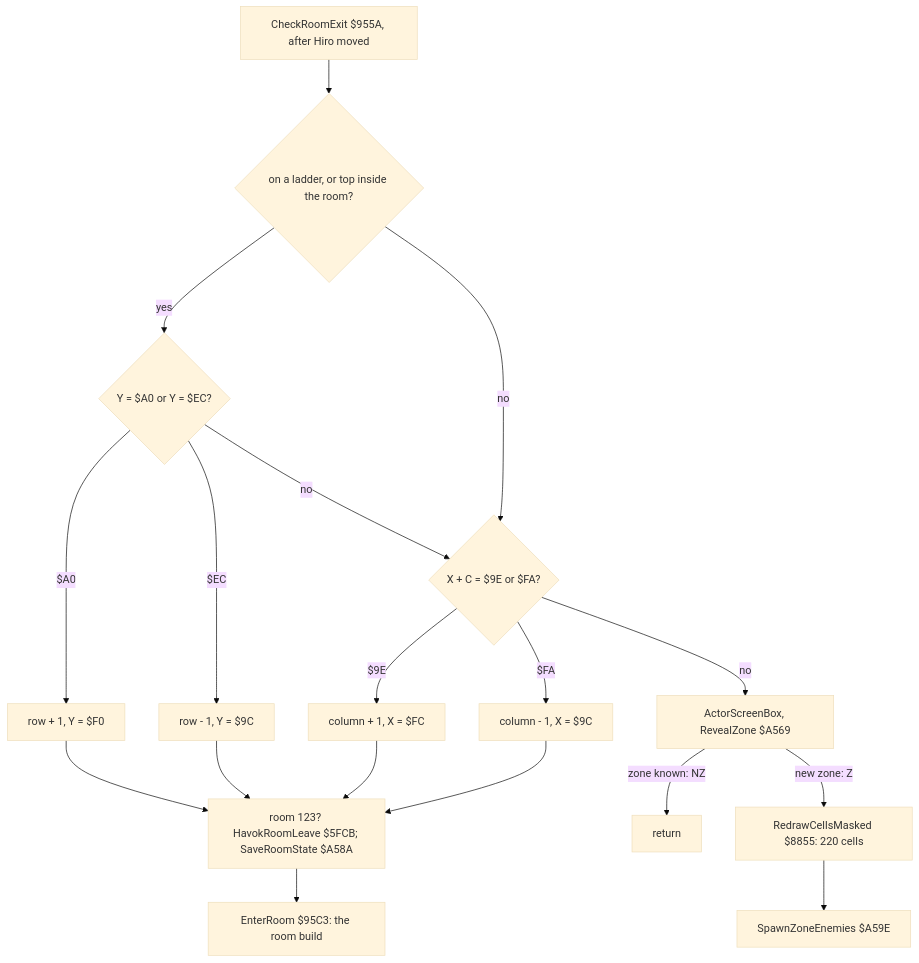
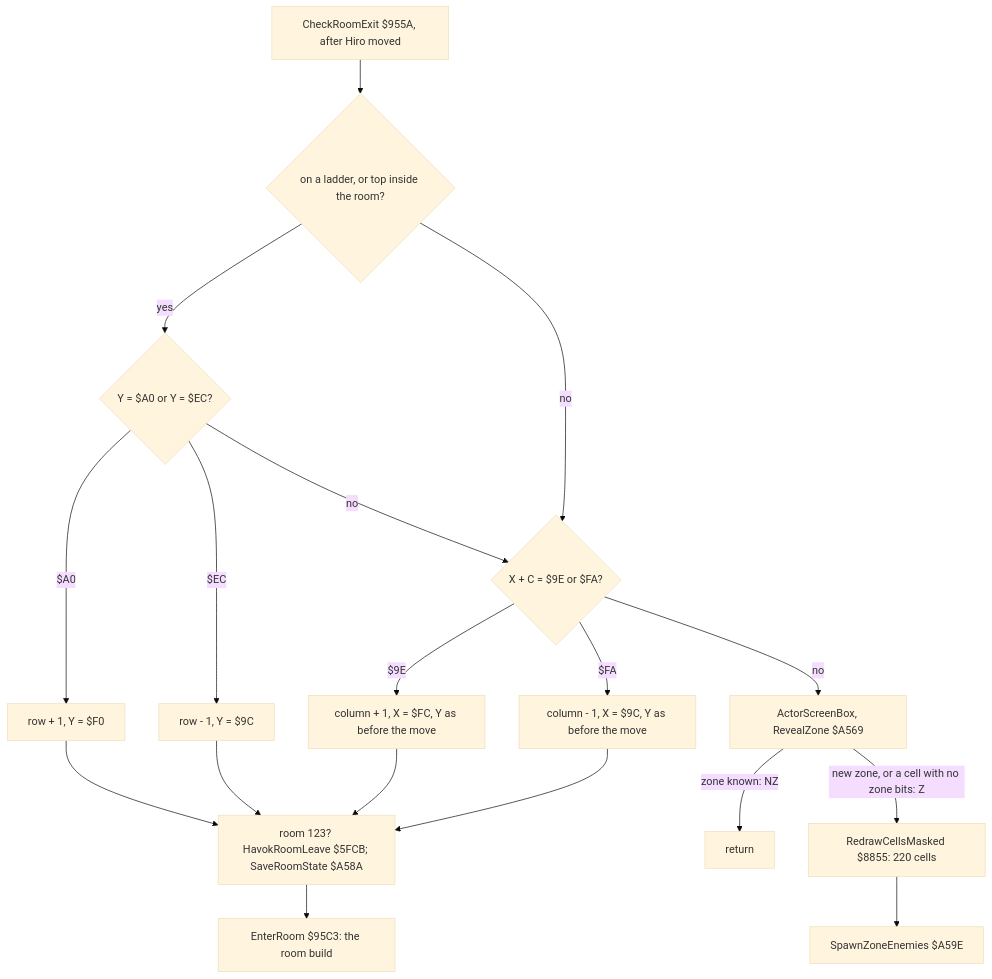
The seventh of 10 diagrams in games/switchblade/docs/04-game-loop.md (alfishe/unrealng-reverse-cases), drawn with Mermaid (base theme) before and after one commit. The commit also changed other lines of this file and 54 other files, not shown here.

````diff
--- a/games/switchblade/docs/04-game-loop.md
+++ b/games/switchblade/docs/04-game-loop.md
@@ -672,20 +689,20 @@
 ```mermaid
 flowchart TD
     A["CheckRoomExit $955A, after Hiro moved"] --> B{"on a ladder, or top inside the room?"}
     B -- yes --> C{"Y = $A0 or Y = $EC?"}
     B -- no --> D
     C -- "$A0" --> E["row + 1, Y = $F0"]
     C -- "$EC" --> F["row - 1, Y = $9C"]
     C -- no --> D{"X + C = $9E or $FA?"}
-    D -- "$9E" --> G["column + 1, X = $FC"]
-    D -- "$FA" --> H["column - 1, X = $9C"]
+    D -- "$9E" --> G["column + 1, X = $FC, Y as before the move"]
+    D -- "$FA" --> H["column - 1, X = $9C, Y as before the move"]
     D -- no --> I["ActorScreenBox, RevealZone $A569"]
     I -- "zone known: NZ" --> R["return"]
-    I -- "new zone: Z" --> J["RedrawCellsMasked $8855: 220 cells"]
+    I -- "new zone, or a cell with no zone bits: Z" --> J["RedrawCellsMasked $8855: 220 cells"]
     J --> K["SpawnZoneEnemies $A59E"]
     E --> L["room 123? HavokRoomLeave $5FCB; SaveRoomState $A58A"]
     F --> L
     G --> L
     H --> L
     L --> M["EnterRoom $95C3: the room build"]
 ```
````
